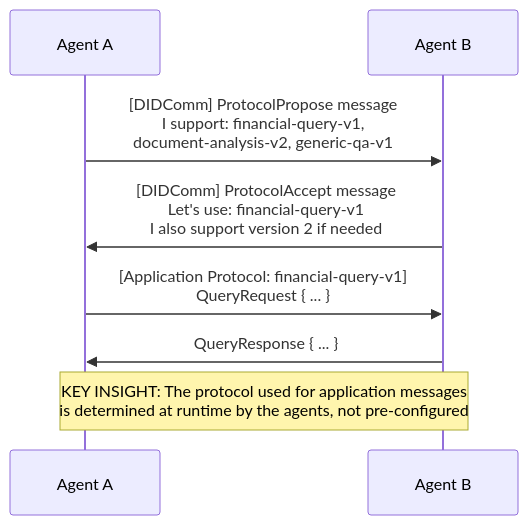
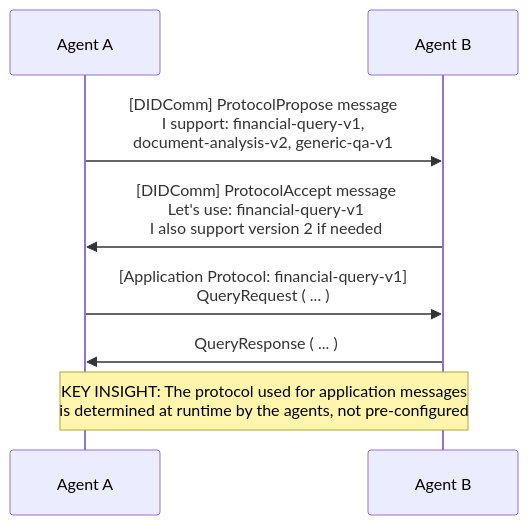
The third of 9 diagrams in docs/protocols/parts/18-emerging-protocols-acp-anp-part2.md (skbnai/archon), drawn with Mermaid before and after one commit. The commit also changed other lines of this file and 10 other files, not shown here.

First line of the commit message:
fix(sidebar,protocols): populate sidebar nav + fix mermaid brace parse errors

````diff
--- a/docs/protocols/parts/18-emerging-protocols-acp-anp-part2.md
+++ b/docs/protocols/parts/18-emerging-protocols-acp-anp-part2.md
@@ -280,12 +280,12 @@
 ```mermaid
 sequenceDiagram
     participant AgentA as Agent A
     participant AgentB as Agent B
     
     AgentA->>AgentB: [DIDComm] ProtocolPropose message<br/>I support: financial-query-v1,<br/>document-analysis-v2, generic-qa-v1
     AgentB->>AgentA: [DIDComm] ProtocolAccept message<br/>Let's use: financial-query-v1<br/>I also support version 2 if needed
-    AgentA->>AgentB: [Application Protocol: financial-query-v1]<br/>QueryRequest { ... }
-    AgentB->>AgentA: QueryResponse { ... }
+    AgentA->>AgentB: [Application Protocol: financial-query-v1]<br/>QueryRequest ( ... )
+    AgentB->>AgentA: QueryResponse ( ... )
     
     Note over AgentA,AgentB: KEY INSIGHT: The protocol used for application messages<br/>is determined at runtime by the agents, not pre-configured
 ```
````
